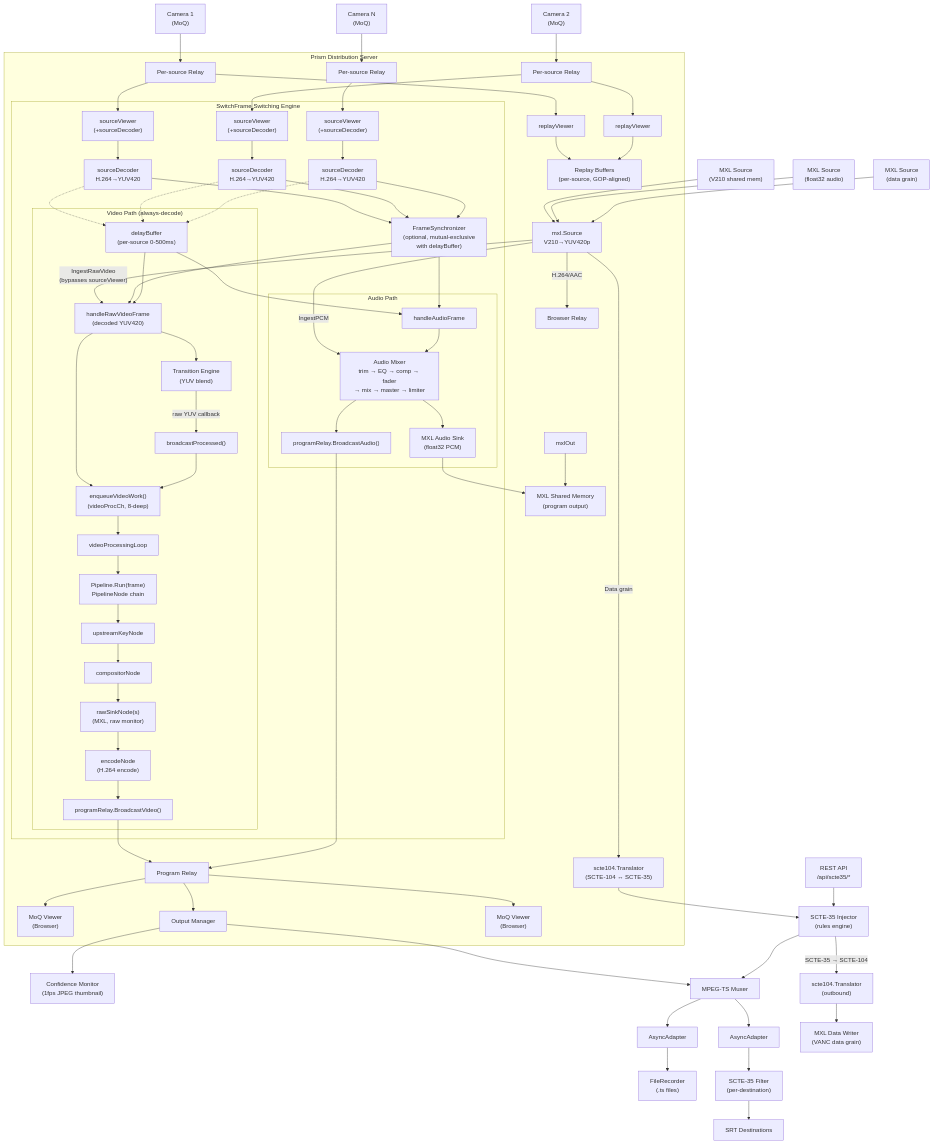
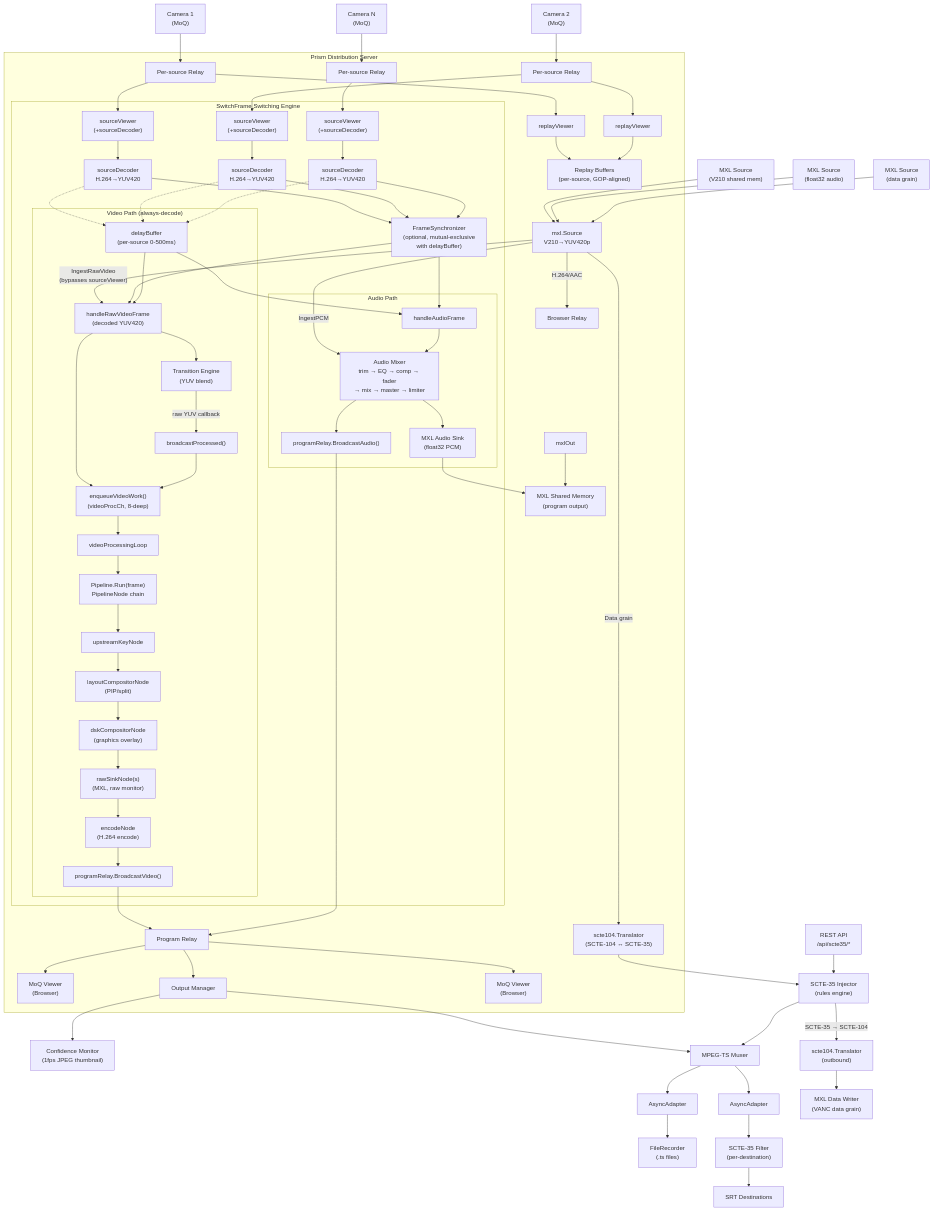
Before and after one commit to zsiec/switchframe: the first of 24 diagrams in docs/architecture.md, drawn with Mermaid. The commit also changed other lines of this file and 3 other files, not shown here.

First line of the commit message:
Add multi-layer DSK and PIP layout features

````diff
--- a/docs/architecture.md
+++ b/docs/architecture.md
@@ -23,80 +23,81 @@
 ```mermaid
 graph TD
     cam1["Camera 1<br/>(MoQ)"] --> relay1["Per-source Relay"]
     cam2["Camera 2<br/>(MoQ)"] --> relay2["Per-source Relay"]
     camN["Camera N<br/>(MoQ)"] --> relayN["Per-source Relay"]
     mxl1["MXL Source<br/>(V210 shared mem)"] --> mxlSrc["mxl.Source<br/>V210→YUV420p"]
     mxl2["MXL Source<br/>(float32 audio)"] --> mxlSrc
     mxl3["MXL Source<br/>(data grain)"] --> mxlSrc
 
     subgraph prism["Prism Distribution Server"]
         mxlSrc -->|"IngestRawVideo<br/>(bypasses sourceViewer)"| hvf
         mxlSrc -->|"IngestPCM"| am
         mxlSrc -->|"Data grain"| scte104["scte104.Translator<br/>(SCTE-104 ↔ SCTE-35)"]
         mxlSrc -->|"H.264/AAC"| mxlRelay["Browser Relay"]
         relay1 --> sv1["sourceViewer<br/>(+sourceDecoder)"]
         relay2 --> sv2["sourceViewer<br/>(+sourceDecoder)"]
         relayN --> svN["sourceViewer<br/>(+sourceDecoder)"]
         relay1 --> rv1["replayViewer"]
         relay2 --> rv2["replayViewer"]
         rv1 --> rb["Replay Buffers<br/>(per-source, GOP-aligned)"]
         rv2 --> rb
 
         subgraph engine["SwitchFrame Switching Engine"]
             sv1 --> sd1["sourceDecoder<br/>H.264→YUV420"]
             sv2 --> sd2["sourceDecoder<br/>H.264→YUV420"]
             svN --> sdN["sourceDecoder<br/>H.264→YUV420"]
             sd1 --> fs["FrameSynchronizer<br/>(optional, mutual-exclusive<br/>with delayBuffer)"]
             sd2 --> fs
             sdN --> fs
             sd1 -.-> delay["delayBuffer<br/>(per-source 0-500ms)"]
             sd2 -.-> delay
             sdN -.-> delay
             fs --> hvf
             fs --> haf
 
             subgraph video["Video Path (always-decode)"]
                 delay --> hvf["handleRawVideoFrame<br/>(decoded YUV420)"]
                 hvf --> te["Transition Engine<br/>(YUV blend)"]
                 hvf --> enq["enqueueVideoWork()<br/>(videoProcCh, 8-deep)"]
                 te -->|"raw YUV callback"| bp["broadcastProcessed()"]
                 bp --> enq
                 enq --> vpl["videoProcessingLoop"]
                 vpl --> prun["Pipeline.Run(frame)<br/>PipelineNode chain"]
                 prun --> ukn["upstreamKeyNode"]
-                ukn --> cn["compositorNode"]
-                cn --> rsn["rawSinkNode(s)<br/>(MXL, raw monitor)"]
+                ukn --> lcn["layoutCompositorNode<br/>(PIP/split)"]
+                lcn --> dcn["dskCompositorNode<br/>(graphics overlay)"]
+                dcn --> rsn["rawSinkNode(s)<br/>(MXL, raw monitor)"]
                 rsn --> encn["encodeNode<br/>(H.264 encode)"]
                 encn --> bv["programRelay.BroadcastVideo()"]
             end
 
             subgraph audio["Audio Path"]
                 delay --> haf["handleAudioFrame"]
                 haf --> am["Audio Mixer<br/>trim → EQ → comp → fader<br/>→ mix → master → limiter"]
                 am --> ba["programRelay.BroadcastAudio()"]
                 am --> mxlAudioOut["MXL Audio Sink<br/>(float32 PCM)"]
             end
         end
 
         bv --> pr["Program Relay"]
         ba --> pr
 
         mxlOut --> mxlShm["MXL Shared Memory<br/>(program output)"]
         mxlAudioOut --> mxlShm
 
         pr --> browser1["MoQ Viewer<br/>(Browser)"]
         pr --> om["Output Manager"]
         pr --> browser2["MoQ Viewer<br/>(Browser)"]
     end
 
     om --> conf["Confidence Monitor<br/>(1fps JPEG thumbnail)"]
     om --> mux["MPEG-TS Muxer"]
     mux --> aa1["AsyncAdapter"] --> rec["FileRecorder<br/>(.ts files)"]
     mux --> aa2["AsyncAdapter"] --> filt["SCTE-35 Filter<br/>(per-destination)"] --> srt["SRT Destinations"]
 
     scte104 --> inj
     api["REST API<br/>/api/scte35/*"] --> inj["SCTE-35 Injector<br/>(rules engine)"]
     inj --> mux
     inj -->|"SCTE-35 → SCTE-104"| scte104out["scte104.Translator<br/>(outbound)"]
     scte104out --> mxlDataOut["MXL Data Writer<br/>(VANC data grain)"]
 ```
````
